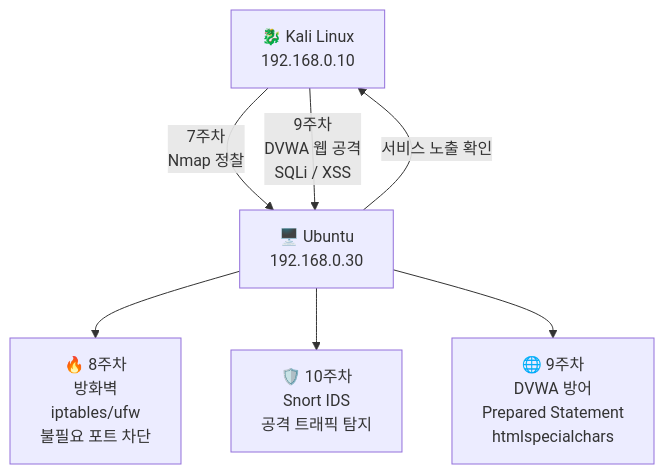
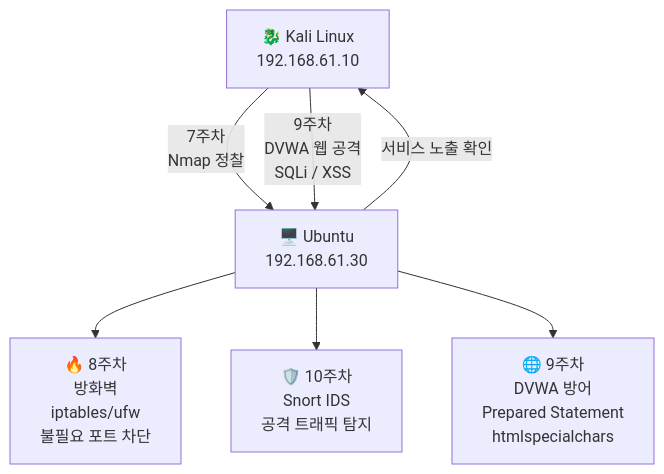
Before and after one commit to sbaek100/sbaek100.github.io: the second of 3 diagrams in _posts/1.응용강의/securitysystem/2026-03-26-SecuritySystem-10-2.md, drawn with Mermaid. The commit also changed other lines of this file and 518 other files, not shown here.

````diff
--- a/_posts/1.응용강의/securitysystem/2026-03-26-SecuritySystem-10-2.md
+++ b/_posts/1.응용강의/securitysystem/2026-03-26-SecuritySystem-10-2.md
@@ -150,11 +150,11 @@
 ```mermaid
 flowchart TD
-    K["🐉 Kali Linux<br/>192.168.0.10"] -->|"7주차<br/>Nmap 정찰"| U["🖥️ Ubuntu<br/>192.168.0.30"]
+    K["🐉 Kali Linux<br/>192.168.61.10"] -->|"7주차<br/>Nmap 정찰"| U["🖥️ Ubuntu<br/>192.168.61.30"]
     U -->|"서비스 노출 확인"| K
 
     K -->|"9주차<br/>DVWA 웹 공격<br/>SQLi / XSS"| U
 
     U --> FW["🔥 8주차<br/>방화벽<br/>iptables/ufw<br/>불필요 포트 차단"]
     U --> IDS["🛡️ 10주차<br/>Snort IDS<br/>공격 트래픽 탐지"]
     U --> WEB["🌐 9주차<br/>DVWA 방어<br/>Prepared Statement<br/>htmlspecialchars"]
 ```
````
